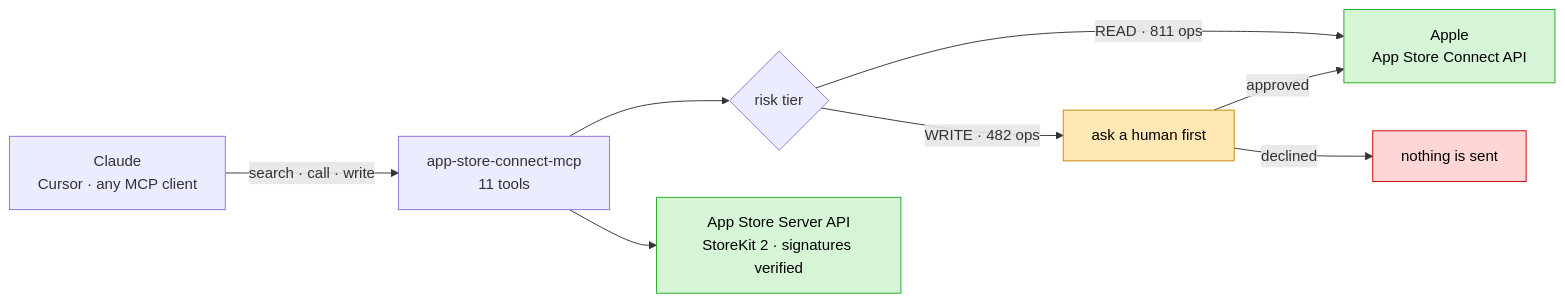
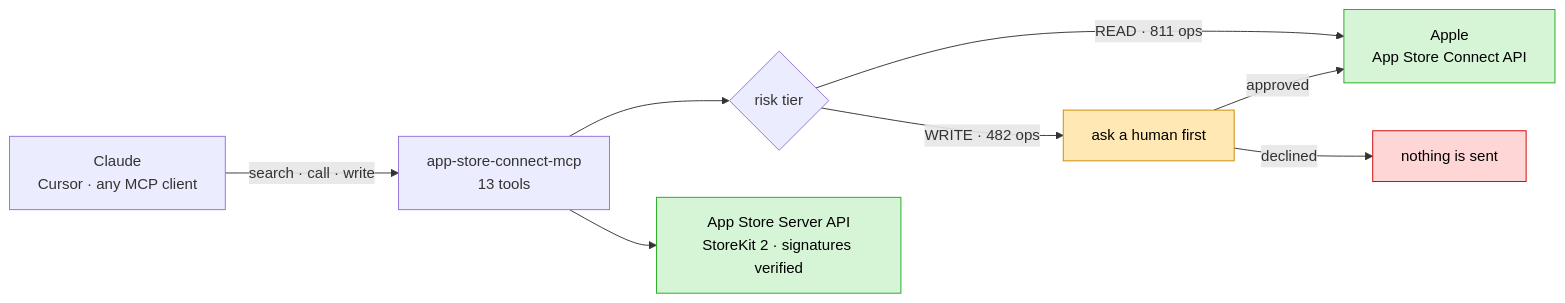
One commit to abd3lraouf-studios/app-store-connect-mcp changed the first of 3 diagrams in README.md. Above: the diagram before and after it, drawn with Mermaid. The commit also changed other lines of this file and 11 other files, not shown here.

````diff
--- a/README.md
+++ b/README.md
@@ -25,15 +25,15 @@
 ```mermaid
 flowchart LR
-    A["Claude<br/>Cursor · any MCP client"] -->|"search · call · write"| B["app-store-connect-mcp<br/>11 tools"]
+    A["Claude<br/>Cursor · any MCP client"] -->|"search · call · write"| B["app-store-connect-mcp<br/>13 tools"]
     B --> C{"risk tier"}
     C -->|"READ · 811 ops"| D["Apple<br/>App Store Connect API"]
     C -->|"WRITE · 482 ops"| E["ask a human first"]
     E -->|approved| D
     E -->|declined| F["nothing is sent"]
     B --> G["App Store Server API<br/>StoreKit 2 · signatures verified"]
 
     style E fill:#ffe8b3,stroke:#c98a00,color:#000
     style F fill:#ffd6d6,stroke:#c00,color:#000
     style D fill:#d6f5d6,stroke:#2a2,color:#000
     style G fill:#d6f5d6,stroke:#2a2,color:#000
 ```
````
